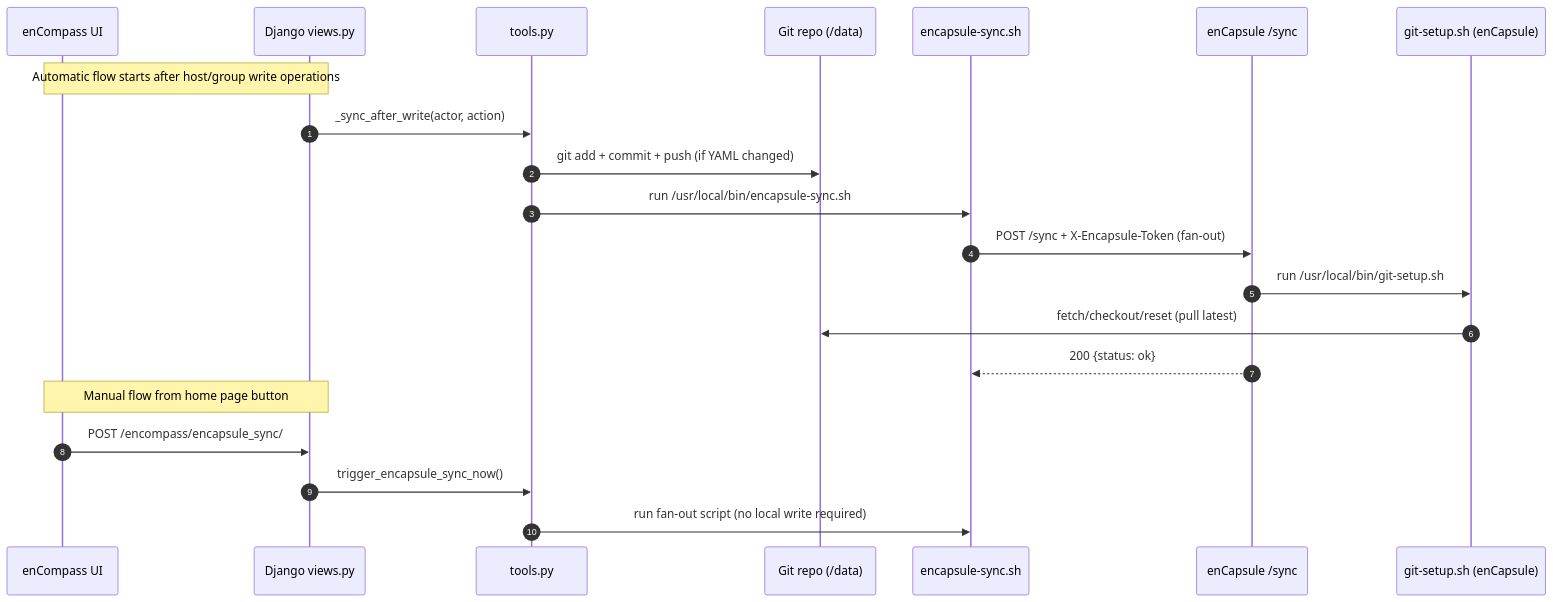
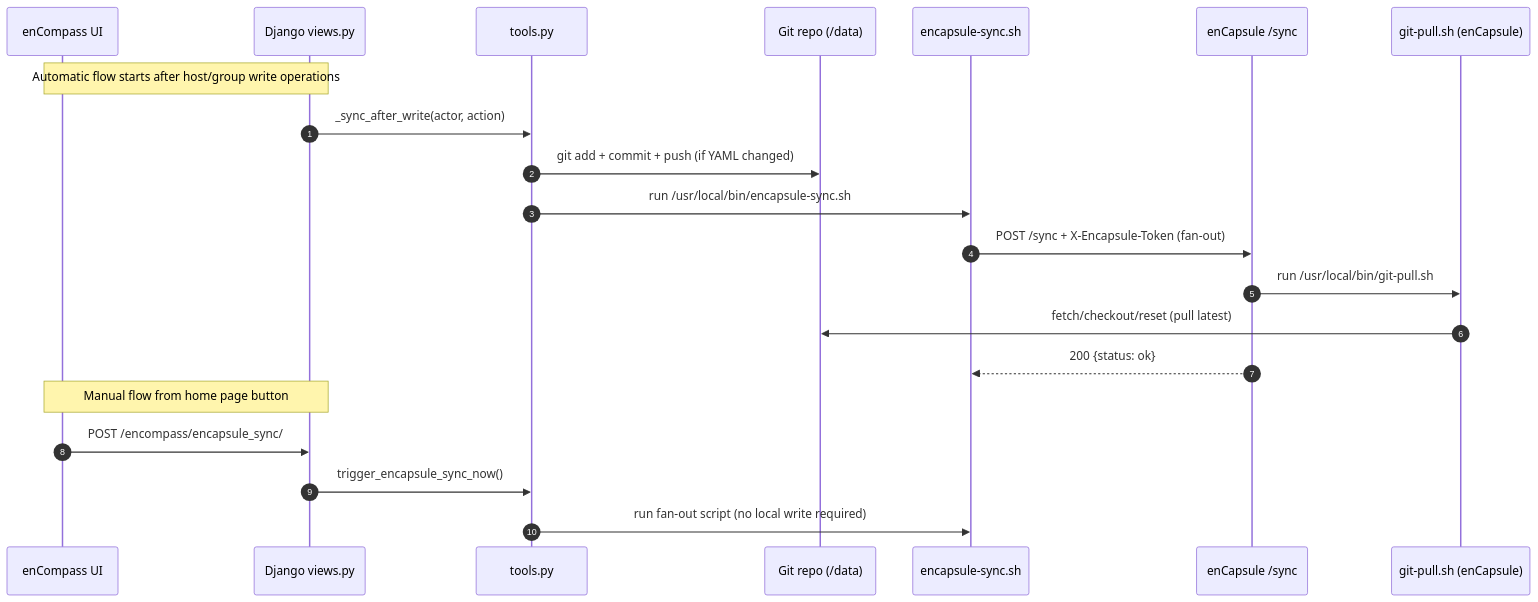
One commit to GEANT/docker-encompass changed the diagram in docs/DEVELOPMENT.md. Above: the diagram before and after it, drawn with Mermaid. The commit also changed other lines of this file and 6 other files, not shown here.

Commit message:
feat(git): implement pull-only sync with git-pull.sh and update git-setup.sh logic

````diff
--- a/docs/DEVELOPMENT.md
+++ b/docs/DEVELOPMENT.md
@@ -25,25 +25,25 @@
 ```mermaid
 sequenceDiagram
   autonumber
   participant UI as enCompass UI
   participant V as Django views.py
   participant T as tools.py
   participant G as Git repo (/data)
   participant S as encapsule-sync.sh
   participant A as enCapsule /sync
-  participant GS as git-setup.sh (enCapsule)
+  participant GP as git-pull.sh (enCapsule)
 
   Note over UI,V: Automatic flow starts after host/group write operations
   V->>T: _sync_after_write(actor, action)
   T->>G: git add + commit + push (if YAML changed)
   T->>S: run /usr/local/bin/encapsule-sync.sh
   S->>A: POST /sync + X-Encapsule-Token (fan-out)
-  A->>GS: run /usr/local/bin/git-setup.sh
-  GS->>G: fetch/checkout/reset (pull latest)
+  A->>GP: run /usr/local/bin/git-pull.sh
+  GP->>G: fetch/checkout/reset (pull latest)
   A-->>S: 200 {status: ok}
 
   Note over UI,V: Manual flow from home page button
   UI->>V: POST /encompass/encapsule_sync/
   V->>T: trigger_encapsule_sync_now()
   T->>S: run fan-out script (no local write required)
 ```
````
